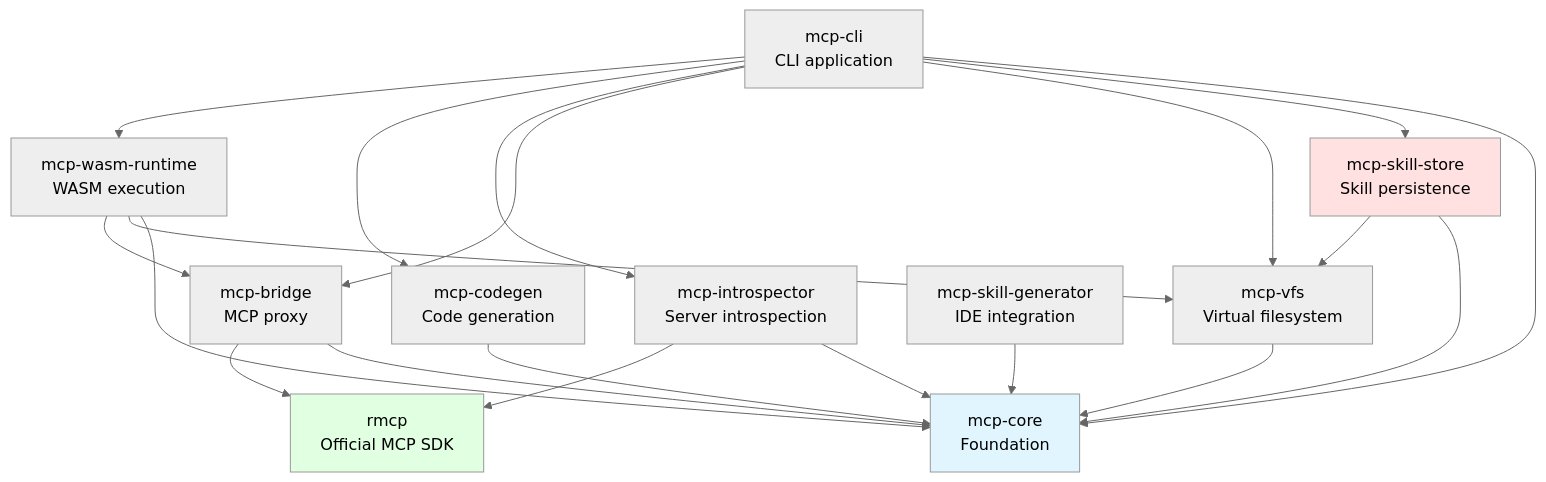
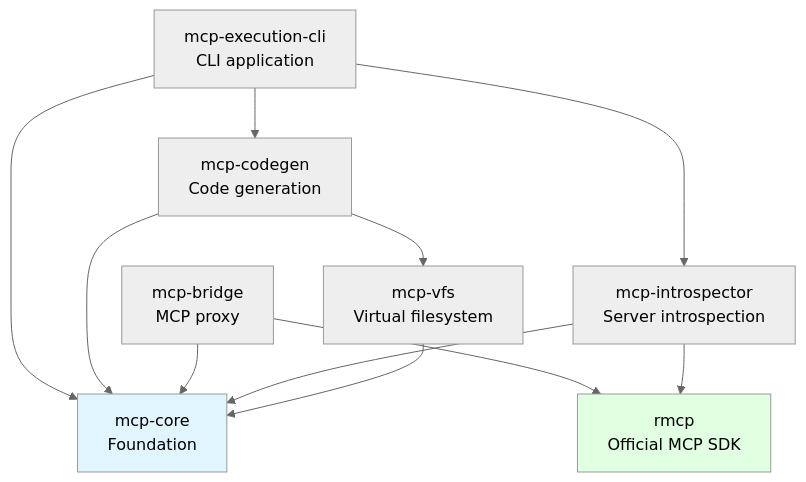
One commit to bug-ops/mcp-execution changed the diagram in docs/ARCHITECTURE.md. Above: the diagram before and after it, drawn with Mermaid (neutral theme). The commit also changed other lines of this file and 8 other files, not shown here.

First line of the commit message:
docs: update all documentation for progressive loading only architecture

````diff
--- a/docs/ARCHITECTURE.md
+++ b/docs/ARCHITECTURE.md
@@ -66,32 +77,20 @@
 ```mermaid
 graph TD
-    CLI[mcp-cli<br/>CLI application] --> WASM[mcp-wasm-runtime<br/>WASM execution]
-    CLI --> CODEGEN[mcp-codegen<br/>Code generation]
+    CLI[mcp-execution-cli<br/>CLI application] --> CODEGEN[mcp-codegen<br/>Code generation]
     CLI --> INTRO[mcp-introspector<br/>Server introspection]
-    CLI --> BRIDGE[mcp-bridge<br/>MCP proxy]
-    CLI --> VFS[mcp-vfs<br/>Virtual filesystem]
-    CLI --> STORE[mcp-skill-store<br/>Skill persistence]
     CLI --> CORE[mcp-core<br/>Foundation]
 
-    STORE --> VFS
-    STORE --> CORE
+    CODEGEN --> VFS[mcp-vfs<br/>Virtual filesystem]
+    CODEGEN --> CORE
 
-    WASM --> BRIDGE
-    WASM --> VFS
-    WASM --> CORE
-
-    BRIDGE --> RMCP[rmcp<br/>Official MCP SDK]
+    BRIDGE[mcp-bridge<br/>MCP proxy] --> RMCP[rmcp<br/>Official MCP SDK]
     BRIDGE --> CORE
 
     INTRO --> RMCP
     INTRO --> CORE
 
-    CODEGEN --> CORE
     VFS --> CORE
 
-    SKILLGEN[mcp-skill-generator<br/>IDE integration] --> CORE
-
     style CORE fill:#e1f5ff
-    style STORE fill:#ffe1e1
     style RMCP fill:#e1ffe1
 ```
````
